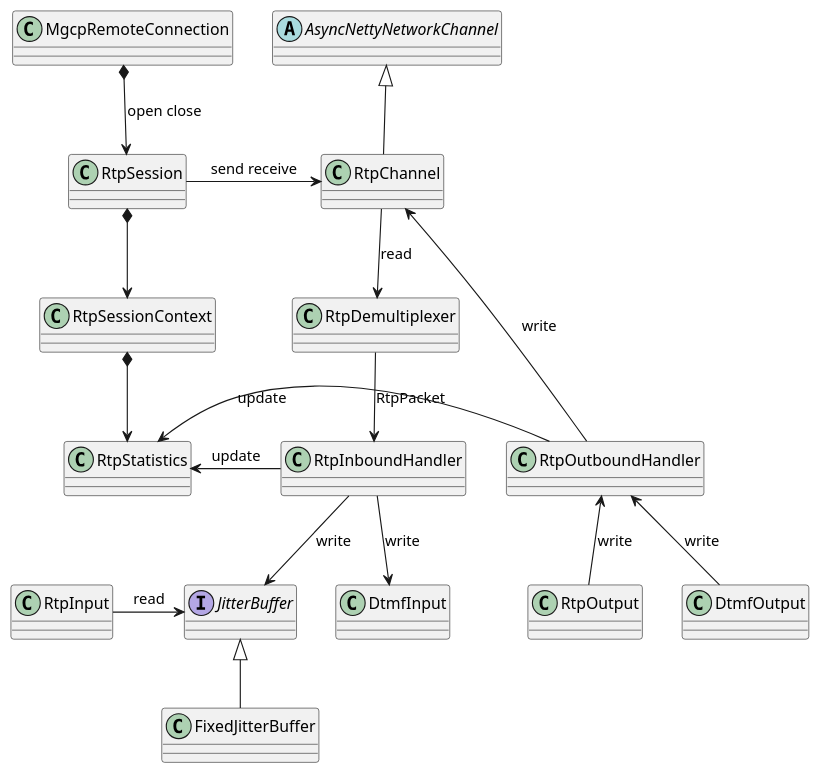
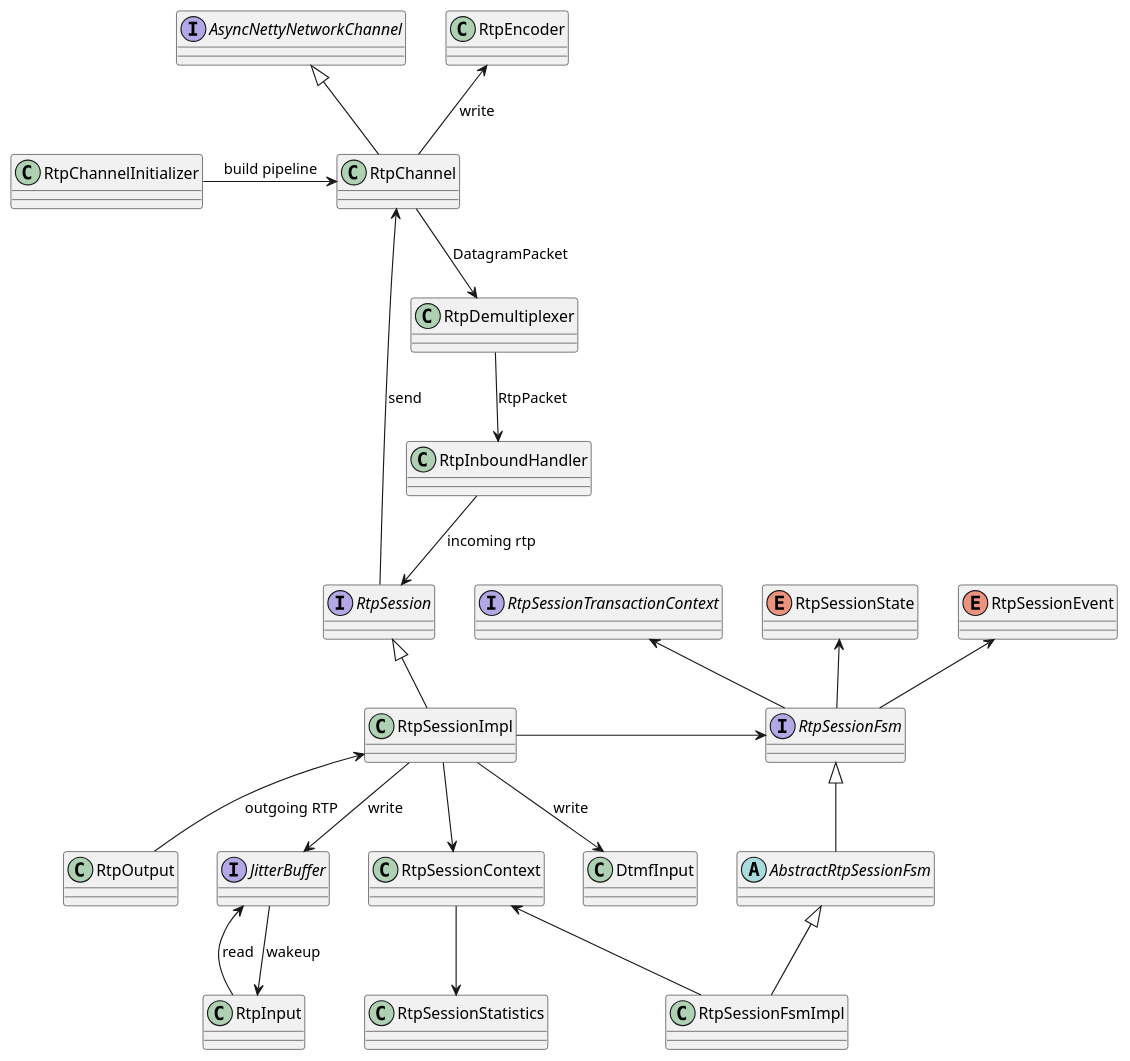
The diagram in architecture-diagrams/rtp/rtp-classes.puml (RestComm/media-core), drawn with PlantUML before and after one commit. The commit also changed 1 other file, not shown here.

Commit message:
#442 Updated class digram of RTP stack.

```diff
--- a/architecture-diagrams/rtp/rtp-classes.puml
+++ b/architecture-diagrams/rtp/rtp-classes.puml
@@ -1,38 +1,53 @@
 @startuml
+interface AsyncNettyNetworkChannel
+class RtpChannel
+class RtpChannelInitializer
+
 class RtpDemultiplexer
 class RtpInboundHandler
+class RtpEncoder
+
+interface RtpSession
+class RtpSessionImpl
+class RtpSessionContext
+class RtpSessionStatistics
+
+interface RtpSessionFsm
+abstract class AbstractRtpSessionFsm
+class RtpSessionFsmImpl
+enum RtpSessionState
+enum RtpSessionEvent
+interface RtpSessionTransactionContext
+
+interface JitterBuffer
+class DtmfInput
 class RtpInput
-class DtmfInput
-interface JitterBuffer
-class FixedJitterBuffer
-class RtpOutboundHandler
 class RtpOutput
-class DtmfOutput
-class MgcpRemoteConnection
-class RtpSession
-class RtpSessionContext
-class RtpStatistics
-abstract class AsyncNettyNetworkChannel
-class RtpChannel
-
-MgcpRemoteConnection *--> RtpSession : open close
-RtpSession -> RtpChannel : send receive
-RtpSession *--> RtpSessionContext
-RtpSessionContext *--> RtpStatistics
 
 AsyncNettyNetworkChannel <|-- RtpChannel
-RtpChannel --> RtpDemultiplexer : read
-RtpChannel <-- RtpOutboundHandler : write
+RtpChannelInitializer -> RtpChannel : build pipeline
+RtpChannel --> RtpDemultiplexer : DatagramPacket
+RtpDemultiplexer --> RtpInboundHandler : RtpPacket
+RtpInboundHandler --> RtpSession : incoming rtp
+RtpEncoder <-- RtpChannel : write
+RtpChannel <-- RtpSession : send
 
-RtpDemultiplexer --> RtpInboundHandler : RtpPacket
-RtpInboundHandler --> DtmfInput : write
-RtpInboundHandler --> JitterBuffer : write
-JitterBuffer <|-- FixedJitterBuffer
-RtpInput -> JitterBuffer : read
+RtpSession <|-- RtpSessionImpl
+RtpSessionImpl -> RtpSessionFsm
 
-RtpOutboundHandler <-- DtmfOutput : write
-RtpOutboundHandler <-- RtpOutput : write
+RtpSessionImpl --> RtpSessionContext
+RtpSessionContext --> RtpSessionStatistics
 
-RtpStatistics <- RtpInboundHandler : update
-RtpStatistics <- RtpOutboundHandler : update
+RtpSessionImpl <-- RtpOutput : outgoing RTP
+RtpSessionImpl --> JitterBuffer : write
+RtpSessionImpl --> DtmfInput : write
+JitterBuffer --> RtpInput : wakeup
+JitterBuffer <-- RtpInput : read
+
+RtpSessionFsm <|-- AbstractRtpSessionFsm
+AbstractRtpSessionFsm <|-- RtpSessionFsmImpl
+RtpSessionState <-- RtpSessionFsm
+RtpSessionEvent <-- RtpSessionFsm
+RtpSessionTransactionContext <-- RtpSessionFsm
+RtpSessionContext <-- RtpSessionFsmImpl
 @enduml
```
